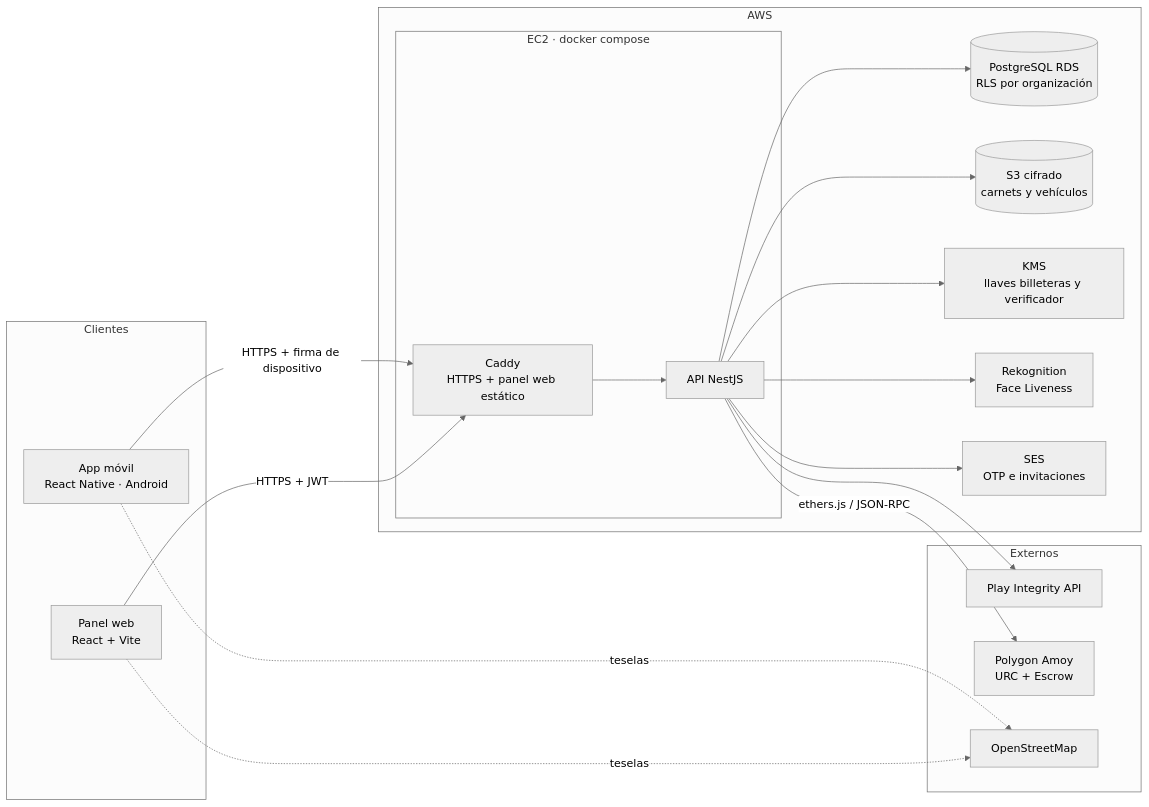
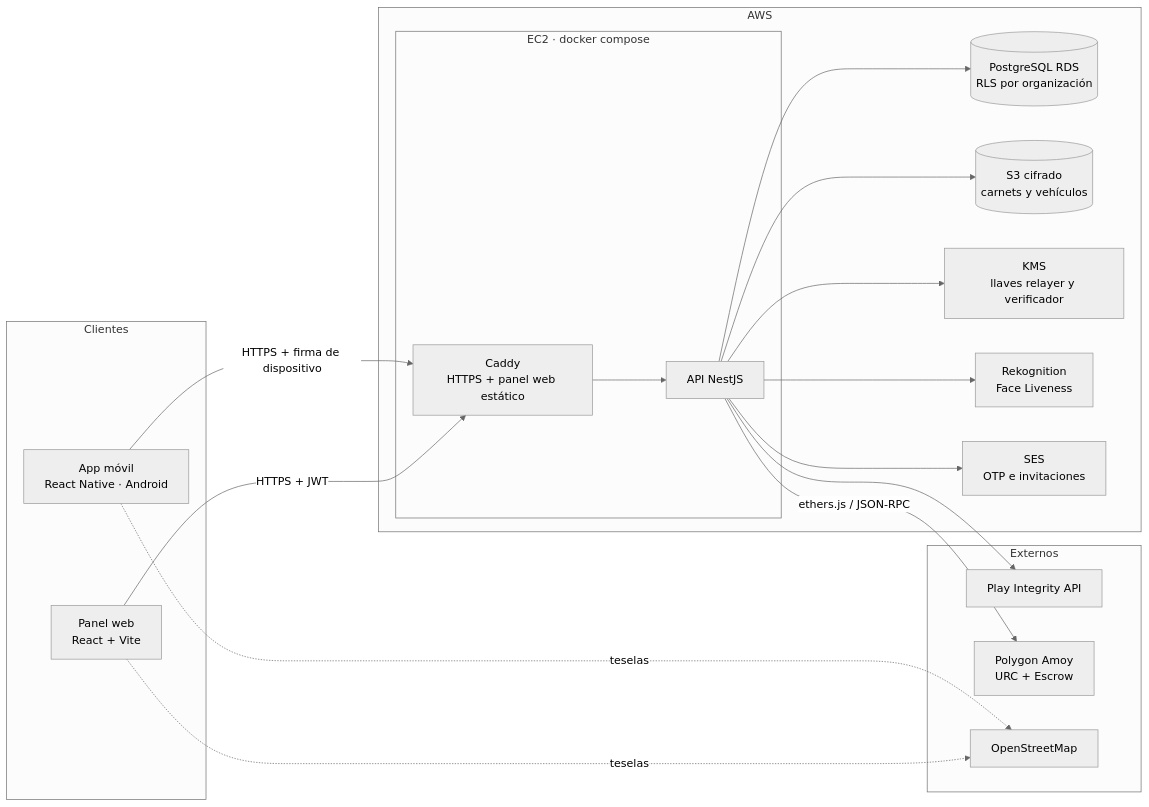
One commit to Vansiii/uniride changed the first of 2 diagrams in SPECS/ssd.md. Above: the diagram before and after it, drawn with Mermaid (neutral theme). The commit also changed other lines of this file and 10 other files, not shown here.

Commit message:
HU-12 SP99-SP103: alinea la custodia cifrada y registra la implementacion en backlog, roadmap, plan, MEMORY y HEARTBEAT

````diff
--- a/SPECS/ssd.md
+++ b/SPECS/ssd.md
@@ -33,35 +33,35 @@
 ```mermaid
 flowchart LR
   subgraph Clientes
     M[App móvil<br/>React Native · Android]
     W[Panel web<br/>React + Vite]
   end
   subgraph AWS
     subgraph EC2[EC2 · docker compose]
       CAD[Caddy<br/>HTTPS + panel web estático]
       API[API NestJS]
     end
     DB[(PostgreSQL RDS<br/>RLS por organización)]
     S3[(S3 cifrado<br/>carnets y vehículos)]
-    KMS[KMS<br/>llaves billeteras y verificador]
+    KMS[KMS<br/>llaves relayer y verificador]
     REK[Rekognition<br/>Face Liveness]
     SES[SES<br/>OTP e invitaciones]
   end
   subgraph Externos
     PI[Play Integrity API]
     AMOY[Polygon Amoy<br/>URC + Escrow]
     OSM[OpenStreetMap]
   end
   M -- HTTPS + firma de dispositivo --> CAD
   W -- HTTPS + JWT --> CAD
   CAD --> API
   M -. teselas .-> OSM
   W -. teselas .-> OSM
   API --> DB
   API --> S3
   API --> KMS
   API --> REK
   API --> SES
   API --> PI
   API -- ethers.js / JSON-RPC --> AMOY
 ```
````
